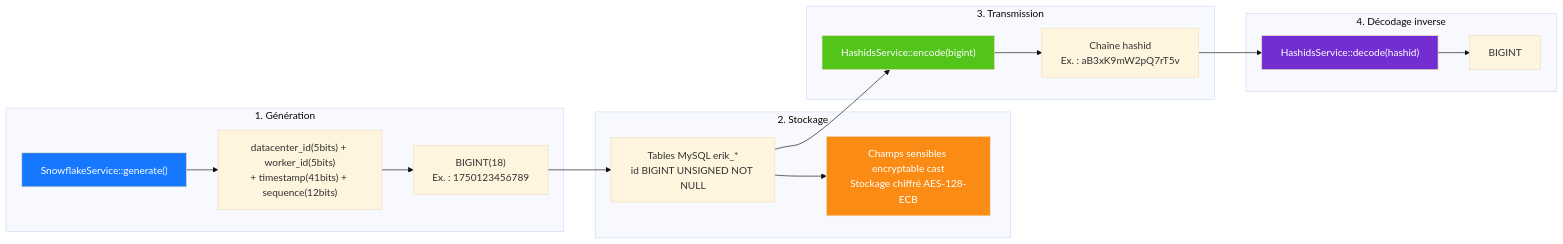
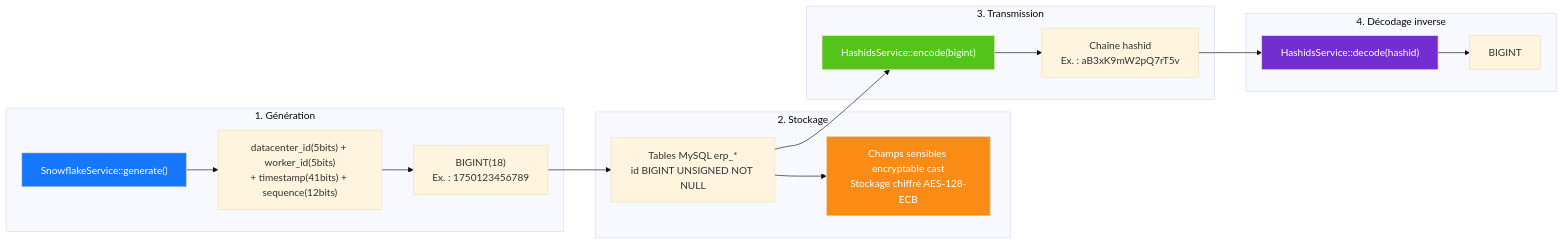
One commit to erikwang2013/erp-php changed the diagram in docs/i18n/fr/diagrams/06-id-lifecycle.md. Above: the diagram before and after it, drawn with Mermaid (base theme). The commit also changed 449 other files, not shown here.

First line of the commit message:
全局命名统一：数据库 erp、表前缀 erp_、Redis 前缀 erp:（原 erik_/open_admin）

````diff
--- a/docs/i18n/fr/diagrams/06-id-lifecycle.md
+++ b/docs/i18n/fr/diagrams/06-id-lifecycle.md
@@ -3,32 +3,32 @@
 ```mermaid
 flowchart LR
     subgraph gen["1. Génération"]
         g1["SnowflakeService::generate()"]
         g2["datacenter_id(5bits) + worker_id(5bits)<br/>+ timestamp(41bits) + sequence(12bits)"]
         g3["BIGINT(18)<br/>Ex. : 1750123456789"]
         g1 --> g2 --> g3
     end
 
     subgraph store["2. Stockage"]
-        s1["Tables MySQL erik_*<br/>id BIGINT UNSIGNED NOT NULL"]
+        s1["Tables MySQL erp_*<br/>id BIGINT UNSIGNED NOT NULL"]
         s2["Champs sensibles encryptable cast<br/>Stockage chiffré AES-128-ECB"]
         g3 --> s1 --> s2
     end
 
     subgraph transfer["3. Transmission"]
         t1["HashidsService::encode(bigint)"]
         t2["Chaîne hashid<br/>Ex. : aB3xK9mW2pQ7rT5v"]
         s1 --> t1 --> t2
     end
 
     subgraph reverse["4. Décodage inverse"]
         r1["HashidsService::decode(hashid)"]
         r2["BIGINT"]
         t2 --> r1 --> r2
     end
 
     style g1 fill:#1677FF,color:#fff
     style s2 fill:#FA8C16,color:#fff
     style t1 fill:#52C41A,color:#fff
     style r1 fill:#722ED1,color:#fff
 ```
````
